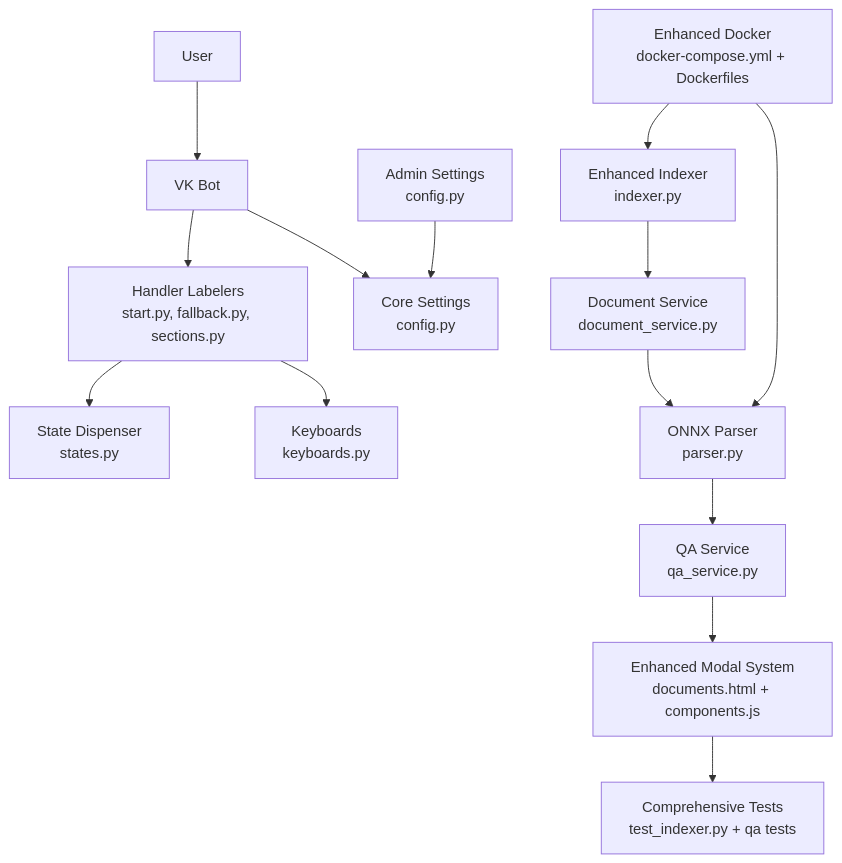
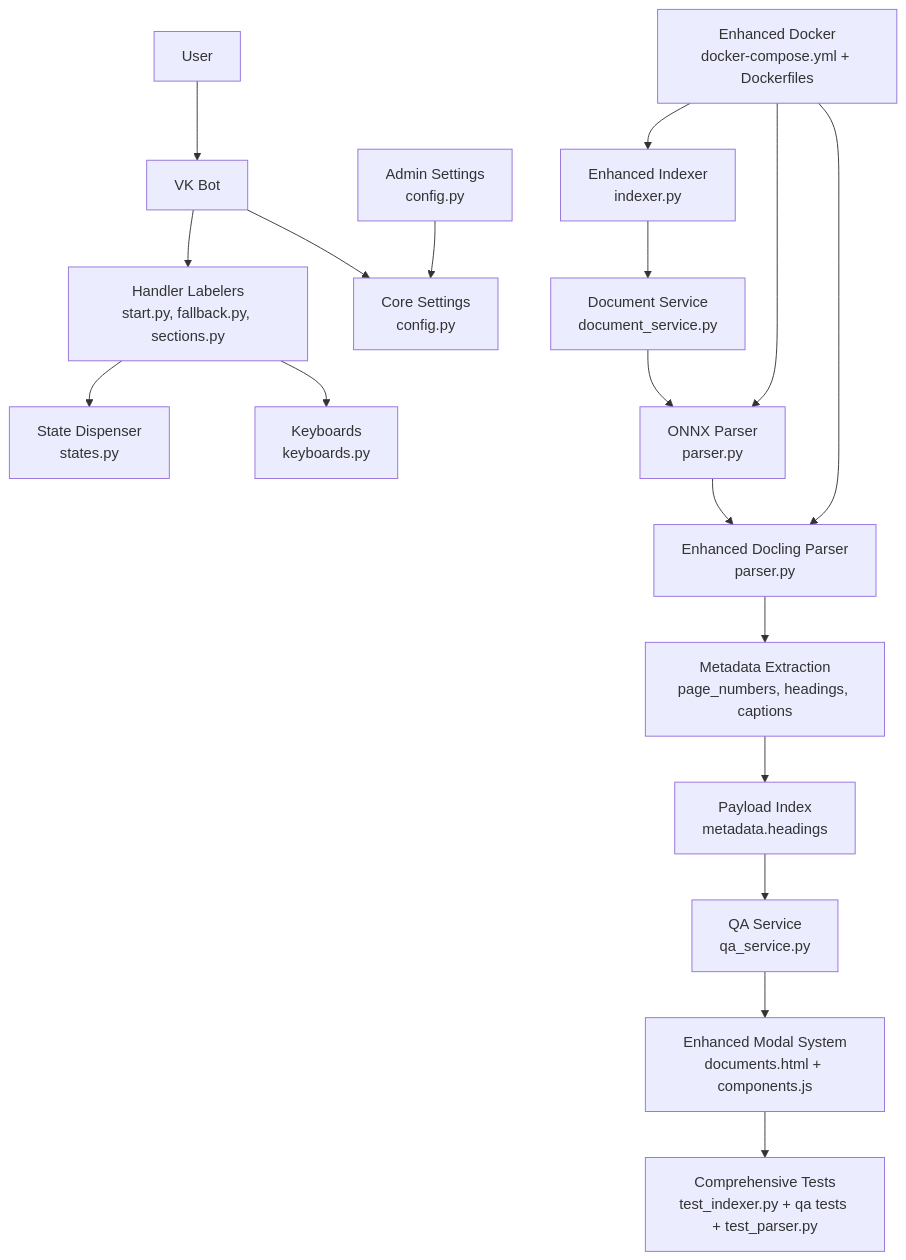
The second of 23 diagrams in .qoder/repowiki/en/content/Document Management System.md (ognelis/cafetera_hr_bot), drawn with Mermaid before and after one commit. The commit also changed other lines of this file and 13 other files, not shown here.

````diff
--- a/.qoder/repowiki/en/content/Document Management System.md
+++ b/.qoder/repowiki/en/content/Document Management System.md
@@ -139,30 +163,37 @@
 ```mermaid
 graph TB
 USER["User"]
 BOT["VK Bot"]
 LABELERS["Handler Labelers<br/>start.py, fallback.py, sections.py"]
 STATE["State Dispenser<br/>states.py"]
 KB["Keyboards<br/>keyboards.py"]
 CORECFG["Core Settings<br/>config.py"]
 ADMINCFG["Admin Settings<br/>config.py"]
 INDEXER["Enhanced Indexer<br/>indexer.py"]
 DOCSVC["Document Service<br/>document_service.py"]
 QA_SERVICE["QA Service<br/>qa_service.py"]
 PARSER["ONNX Parser<br/>parser.py"]
+DOCLET_PARSER["Enhanced Docling Parser<br/>parser.py"]
+METADATA_EXTRACTOR["Metadata Extraction<br/>page_numbers, headings, captions"]
+PAYLOAD_INDEX["Payload Index<br/>metadata.headings"]
 MODAL_SYS["Enhanced Modal System<br/>documents.html + components.js"]
-TESTS["Comprehensive Tests<br/>test_indexer.py + qa tests"]
+TESTS["Comprehensive Tests<br/>test_indexer.py + qa tests + test_parser.py"]
 DOCKER["Enhanced Docker<br/>docker-compose.yml + Dockerfiles"]
 USER --> BOT
 BOT --> LABELERS
 LABELERS --> STATE
 LABELERS --> KB
 BOT --> CORECFG
 ADMINCFG --> CORECFG
 INDEXER --> DOCSVC
 DOCSVC --> PARSER
-PARSER --> QA_SERVICE
+PARSER --> DOCLET_PARSER
+DOCLET_PARSER --> METADATA_EXTRACTOR
+METADATA_EXTRACTOR --> PAYLOAD_INDEX
+PAYLOAD_INDEX --> QA_SERVICE
 QA_SERVICE --> MODAL_SYS
 MODAL_SYS --> TESTS
 DOCKER --> INDEXER
 DOCKER --> PARSER
+DOCKER --> DOCLET_PARSER
 ```
````
